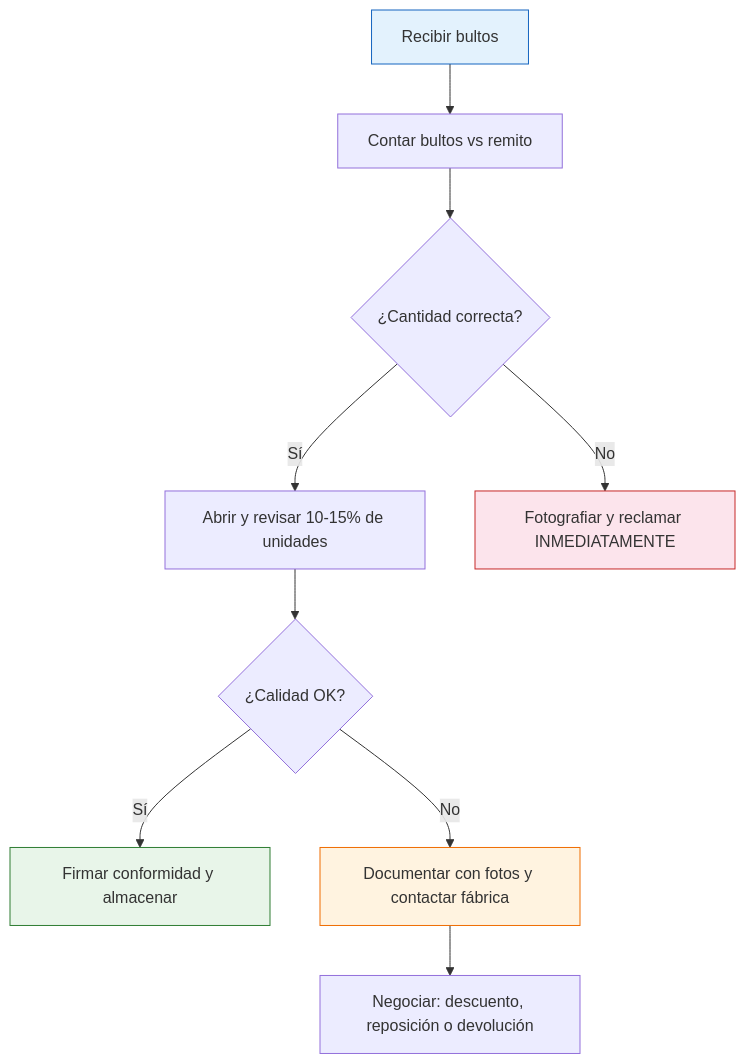
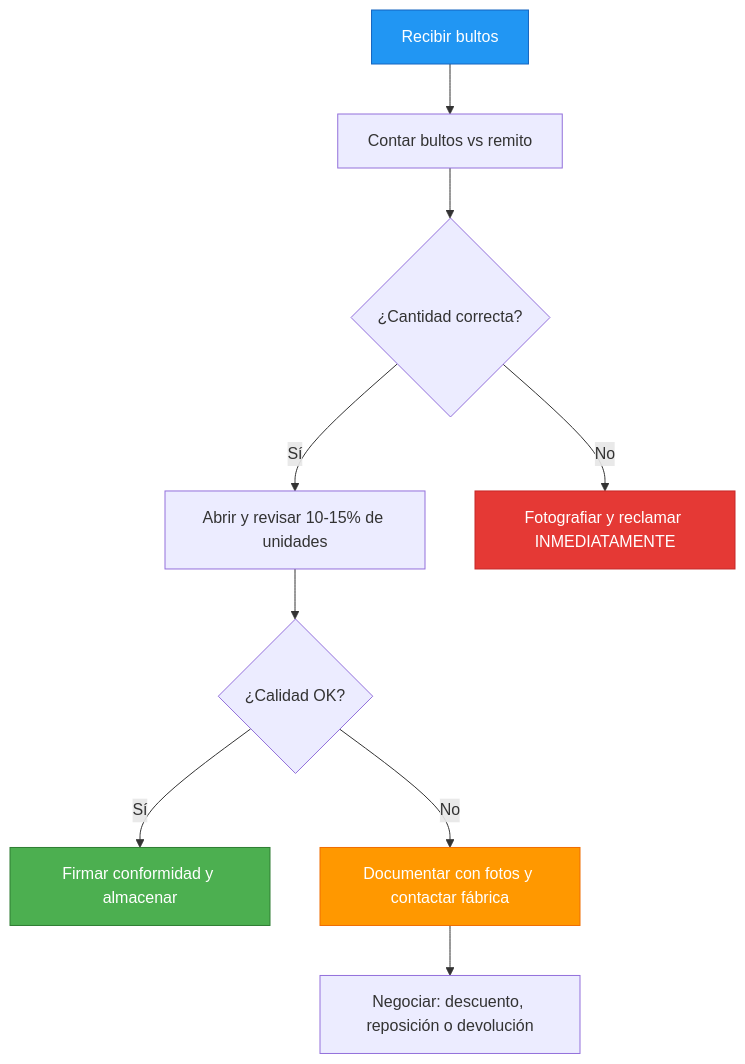
Before and after one commit to barrosignacioezequiel-coder/docs: the diagram in app/paso1-argentina/evaluar-negociar/primera-compra.mdx, drawn with Mermaid. The commit also changed 66 other files, not shown here.

First line of the commit message:
fix: resolve Mermaid v11 numbered list errors + improve contrast

````diff
--- a/app/paso1-argentina/evaluar-negociar/primera-compra.mdx
+++ b/app/paso1-argentina/evaluar-negociar/primera-compra.mdx
@@ -84,16 +84,16 @@
 ```mermaid
 graph TD
     A["Recibir bultos"] --> B["Contar bultos vs remito"]
     B --> C{"¿Cantidad correcta?"}
     C -->|Sí| D["Abrir y revisar 10-15% de unidades"]
     C -->|No| E["Fotografiar y reclamar INMEDIATAMENTE"]
     D --> F{"¿Calidad OK?"}
     F -->|Sí| G["Firmar conformidad y almacenar"]
     F -->|No| H["Documentar con fotos y contactar fábrica"]
     H --> I["Negociar: descuento, reposición o devolución"]
 
-    style A fill:#e3f2fd,stroke:#1565c0
-    style G fill:#e8f5e9,stroke:#2e7d32
-    style E fill:#fce4ec,stroke:#c62828
-    style H fill:#fff3e0,stroke:#ef6c00
+    style A fill:#2196f3,stroke:#1565c0,color:#fff
+    style G fill:#4caf50,stroke:#2e7d32,color:#fff
+    style E fill:#e53935,stroke:#c62828,color:#fff
+    style H fill:#ff9800,stroke:#ef6c00,color:#fff
 ```
````
